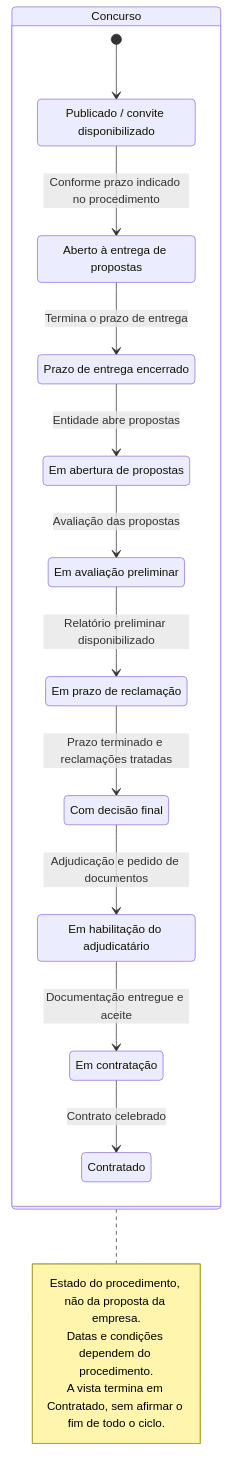
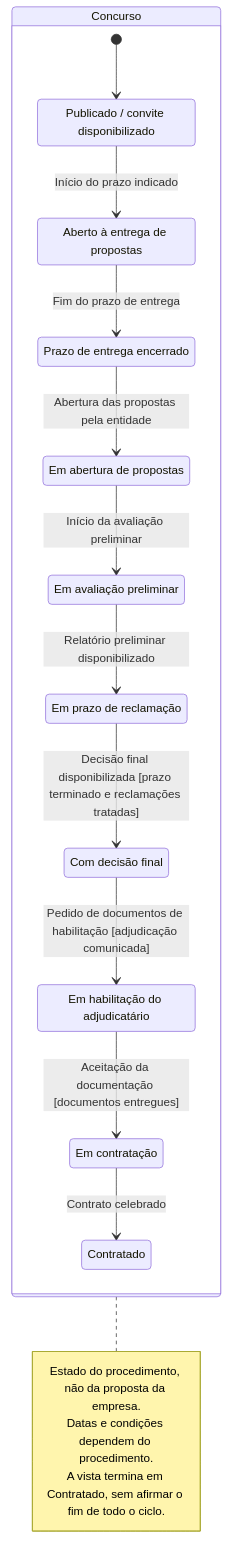
The third of 6 diagrams in context/system/diagrams.md (prumod/cairn-web), drawn with Mermaid before and after one commit. The commit also changed other lines of this file and 8 other files, not shown here.

````diff
--- a/context/system/diagrams.md
+++ b/context/system/diagrams.md
@@ -280,34 +283,34 @@
 ```mermaid
 stateDiagram-v2
     state "Concurso" as Concurso {
         [*] --> Publicado
         state "Publicado / convite disponibilizado" as Publicado
         state "Aberto à entrega de propostas" as Aberto
         state "Prazo de entrega encerrado" as Encerrado
 
-        Publicado --> Aberto: Conforme prazo indicado no procedimento
-        Aberto --> Encerrado: Termina o prazo de entrega
+        Publicado --> Aberto: Início do prazo indicado
+        Aberto --> Encerrado: Fim do prazo de entrega
 
         state "Em abertura de propostas" as Abertura
         state "Em avaliação preliminar" as Preliminar
         state "Em prazo de reclamação" as Reclamacao
         state "Com decisão final" as Final
         state "Em habilitação do adjudicatário" as Habilitacao
         state "Em contratação" as Contratacao
         state "Contratado" as Contratado
 
-        Encerrado --> Abertura: Entidade abre propostas
-        Abertura --> Preliminar: Avaliação das propostas
+        Encerrado --> Abertura: Abertura das propostas pela entidade
+        Abertura --> Preliminar: Início da avaliação preliminar
         Preliminar --> Reclamacao: Relatório preliminar disponibilizado
-        Reclamacao --> Final: Prazo terminado e reclamações tratadas
-        Final --> Habilitacao: Adjudicação e pedido de documentos
-        Habilitacao --> Contratacao: Documentação entregue e aceite
+        Reclamacao --> Final: Decisão final disponibilizada [prazo terminado e reclamações tratadas]
+        Final --> Habilitacao: Pedido de documentos de habilitação [adjudicação comunicada]
+        Habilitacao --> Contratacao: Aceitação da documentação [documentos entregues]
         Contratacao --> Contratado: Contrato celebrado
     }
 
     note right of Concurso
         Estado do procedimento, não da proposta da empresa.
         Datas e condições dependem do procedimento.
         A vista termina em Contratado, sem afirmar o fim de todo o ciclo.
     end note
 ```
````
